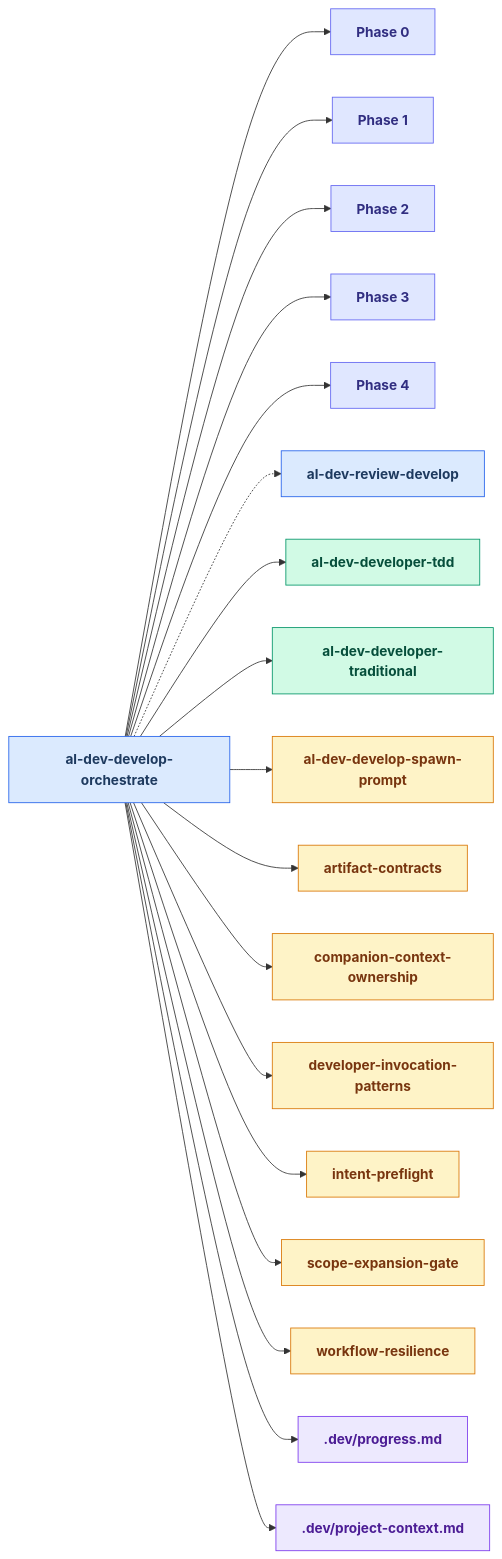
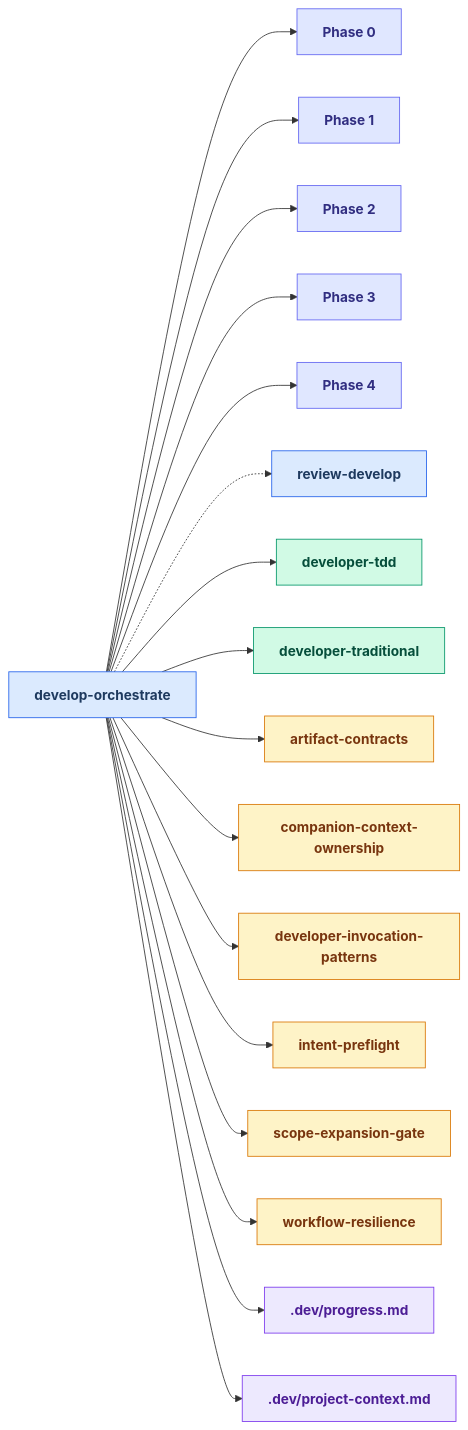
One commit to russell-laing/al-dev-shared changed the tenth of 24 diagrams in docs/skills_map.md. Above: the diagram before and after it, drawn with Mermaid. The commit also changed other lines of this file and 8 other files, not shown here.

````diff
--- a/docs/skills_map.md
+++ b/docs/skills_map.md
@@ -506,64 +517,61 @@
 ```mermaid
 flowchart LR
     classDef skillNode fill:#dbeafe,stroke:#2563eb,color:#1e3a5f,font-weight:bold
     classDef agentNode fill:#d1fae5,stroke:#059669,color:#064e3b,font-weight:bold
     classDef knowledgeNode fill:#fef3c7,stroke:#d97706,color:#78350f,font-weight:bold
     classDef artifactNode fill:#ede9fe,stroke:#7c3aed,color:#4c1d95,font-weight:bold
     classDef phaseNode fill:#e0e7ff,stroke:#6366f1,color:#312e81,font-weight:bold
 
-    skill_al_dev_develop_orchestrate[al-dev-develop-orchestrate]
+    skill_develop_orchestrate[develop-orchestrate]
     Phase0["Phase 0"]
     Phase1["Phase 1"]
     Phase2["Phase 2"]
     Phase3["Phase 3"]
     Phase4["Phase 4"]
-    skill_al_dev_review_develop[al-dev-review-develop]
-    agent_al_dev_developer_tdd[al-dev-developer-tdd]
-    agent_al_dev_developer_traditional[al-dev-developer-traditional]
-    knowledge_al_dev_develop_spawn_prompt_md[al-dev-develop-spawn-prompt]
+    skill_review_develop[review-develop]
+    agent_developer_tdd[developer-tdd]
+    agent_developer_traditional[developer-traditional]
     knowledge_artifact_contracts_md[artifact-contracts]
     knowledge_companion_context_ownership_md[companion-context-ownership]
     knowledge_developer_invocation_patterns_md[developer-invocation-patterns]
     knowledge_intent_preflight_md[intent-preflight]
     knowledge_scope_expansion_gate_md[scope-expansion-gate]
     knowledge_workflow_resilience_md[workflow-resilience]
     artifact_progress_md[.dev/progress.md]
     artifact_project_context_md[.dev/project-context.md]
 
-    skill_al_dev_develop_orchestrate --> Phase0
-    skill_al_dev_develop_orchestrate --> Phase1
-    skill_al_dev_develop_orchestrate --> Phase2
-    skill_al_dev_develop_orchestrate --> Phase3
-    skill_al_dev_develop_orchestrate --> Phase4
-    skill_al_dev_develop_orchestrate -.-> skill_al_dev_review_develop
-    skill_al_dev_develop_orchestrate --> agent_al_dev_developer_tdd
-    skill_al_dev_develop_orchestrate --> agent_al_dev_developer_traditional
-    skill_al_dev_develop_orchestrate --> knowledge_al_dev_develop_spawn_prompt_md
-    skill_al_dev_develop_orchestrate --> knowledge_artifact_contracts_md
-    skill_al_dev_develop_orchestrate --> knowledge_companion_context_ownership_md
-    skill_al_dev_develop_orchestrate --> knowledge_developer_invocation_patterns_md
-    skill_al_dev_develop_orchestrate --> knowledge_intent_preflight_md
-    skill_al_dev_develop_orchestrate --> knowledge_scope_expansion_gate_md
-    skill_al_dev_develop_orchestrate --> knowledge_workflow_resilience_md
-    skill_al_dev_develop_orchestrate --> artifact_progress_md
-    skill_al_dev_develop_orchestrate --> artifact_project_context_md
+    skill_develop_orchestrate --> Phase0
+    skill_develop_orchestrate --> Phase1
+    skill_develop_orchestrate --> Phase2
+    skill_develop_orchestrate --> Phase3
+    skill_develop_orchestrate --> Phase4
+    skill_develop_orchestrate -.-> skill_review_develop
+    skill_develop_orchestrate --> agent_developer_tdd
+    skill_develop_orchestrate --> agent_developer_traditional
+    skill_develop_orchestrate --> knowledge_artifact_contracts_md
+    skill_develop_orchestrate --> knowledge_companion_context_ownership_md
+    skill_develop_orchestrate --> knowledge_developer_invocation_patterns_md
+    skill_develop_orchestrate --> knowledge_intent_preflight_md
+    skill_develop_orchestrate --> knowledge_scope_expansion_gate_md
+    skill_develop_orchestrate --> knowledge_workflow_resilience_md
+    skill_develop_orchestrate --> artifact_progress_md
+    skill_develop_orchestrate --> artifact_project_context_md
 
-    class skill_al_dev_develop_orchestrate skillNode
+    class skill_develop_orchestrate skillNode
     class Phase0 phaseNode
     class Phase1 phaseNode
     class Phase2 phaseNode
     class Phase3 phaseNode
     class Phase4 phaseNode
-    class skill_al_dev_review_develop skillNode
-    class agent_al_dev_developer_tdd agentNode
-    class agent_al_dev_developer_traditional agentNode
-    class knowledge_al_dev_develop_spawn_prompt_md knowledgeNode
+    class skill_review_develop skillNode
+    class agent_developer_tdd agentNode
+    class agent_developer_traditional agentNode
     class knowledge_artifact_contracts_md knowledgeNode
     class knowledge_companion_context_ownership_md knowledgeNode
     class knowledge_developer_invocation_patterns_md knowledgeNode
     class knowledge_intent_preflight_md knowledgeNode
     class knowledge_scope_expansion_gate_md knowledgeNode
     class knowledge_workflow_resilience_md knowledgeNode
     class artifact_progress_md artifactNode
     class artifact_project_context_md artifactNode
 ```
````
